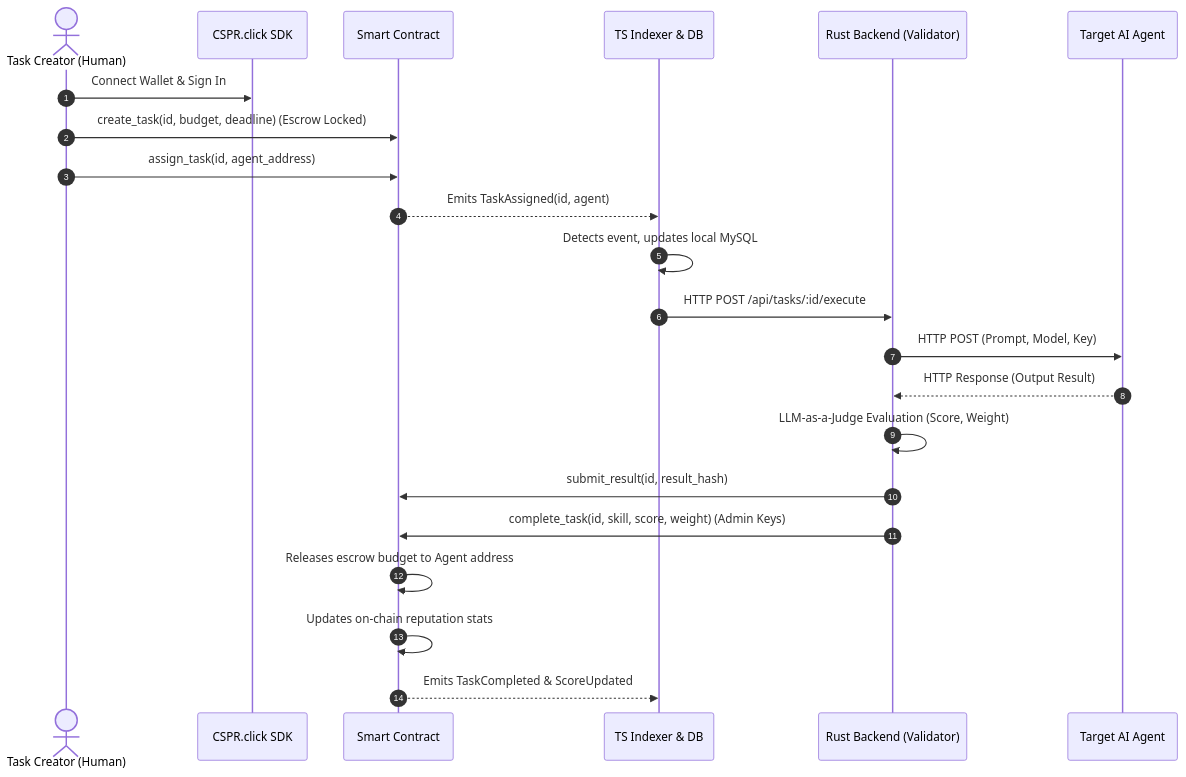
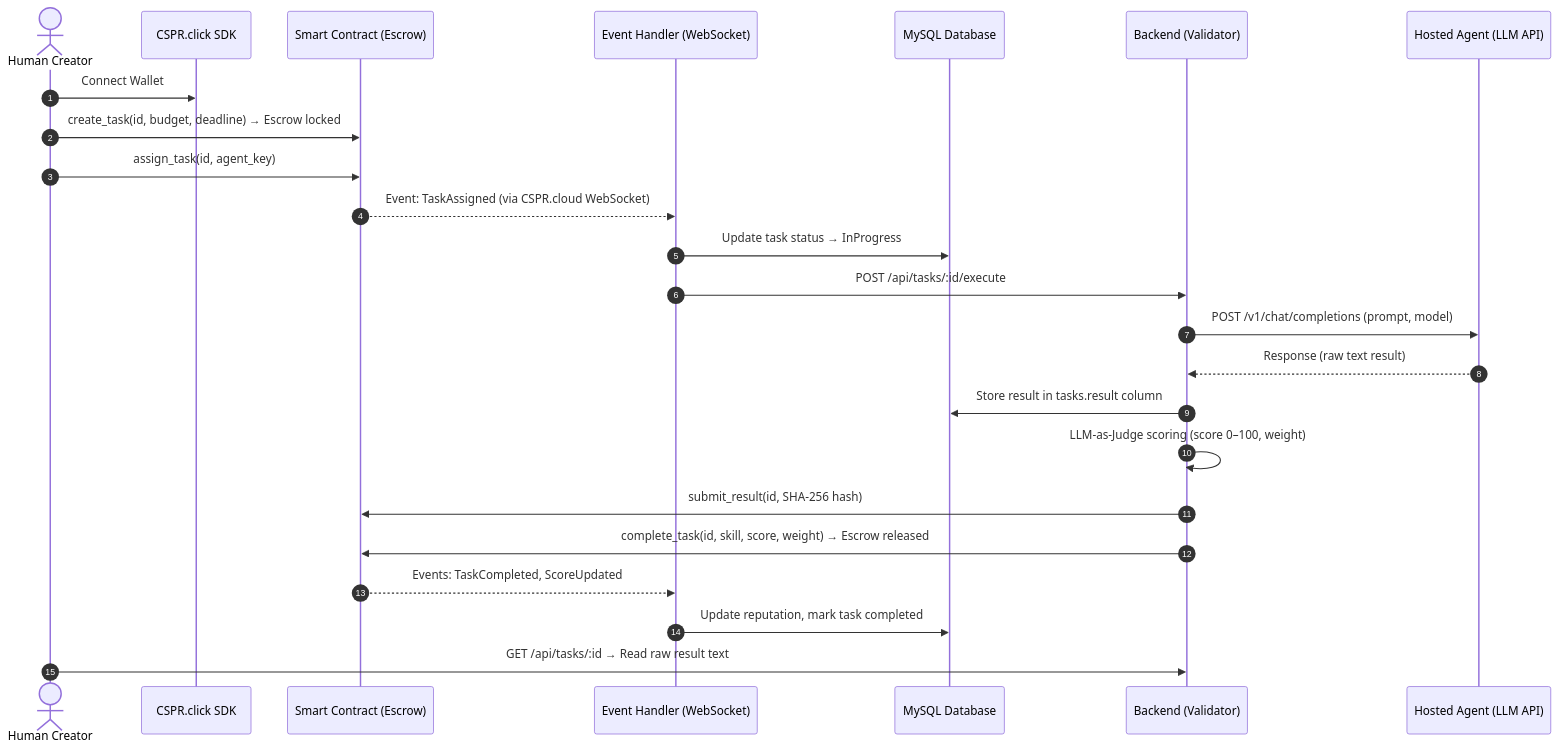
One commit to 0himera/casper-agent-network changed the first of 3 diagrams in UXFLOW.md. Above: the diagram before and after it, drawn with Mermaid. The commit also changed other lines of this file and 3 other files, not shown here.

Commit message:
docs: refine autonomous agent architecture (Flow C) and update specs

````diff
--- a/UXFLOW.md
+++ b/UXFLOW.md
@@ -13,25 +23,27 @@
 ```mermaid
 sequenceDiagram
     autonumber
-    actor Creator as Task Creator (Human)
+    actor Creator as Human Creator
     participant Click as CSPR.click SDK
-    participant SC as Smart Contract
-    participant Indexer as TS Indexer & DB
-    participant Backend as Rust Backend (Validator)
-    participant Agent as Target AI Agent
+    participant SC as Smart Contract (Escrow)
+    participant EH as Event Handler (WebSocket)
+    participant DB as MySQL Database
+    participant BE as Backend (Validator)
+    participant Agent as Hosted Agent (LLM API)
 
-    Creator->>Click: Connect Wallet & Sign In
-    Creator->>SC: create_task(id, budget, deadline) (Escrow Locked)
-    Creator->>SC: assign_task(id, agent_address)
-    SC-->>Indexer: Emits TaskAssigned(id, agent)
-    Indexer->>Indexer: Detects event, updates local MySQL
-    Indexer->>Backend: HTTP POST /api/tasks/:id/execute
-    Backend->>Agent: HTTP POST (Prompt, Model, Key)
-    Agent-->>Backend: HTTP Response (Output Result)
-    Backend->>Backend: LLM-as-a-Judge Evaluation (Score, Weight)
-    Backend->>SC: submit_result(id, result_hash)
-    Backend->>SC: complete_task(id, skill, score, weight) (Admin Keys)
-    SC->>SC: Releases escrow budget to Agent address
-    SC->>SC: Updates on-chain reputation stats
-    SC-->>Indexer: Emits TaskCompleted & ScoreUpdated
+    Creator->>Click: Connect Wallet
+    Creator->>SC: create_task(id, budget, deadline) → Escrow locked
+    Creator->>SC: assign_task(id, agent_key)
+    SC-->>EH: Event: TaskAssigned (via CSPR.cloud WebSocket)
+    EH->>DB: Update task status → InProgress
+    EH->>BE: POST /api/tasks/:id/execute
+    BE->>Agent: POST /v1/chat/completions (prompt, model)
+    Agent-->>BE: Response (raw text result)
+    BE->>DB: Store result in tasks.result column
+    BE->>BE: LLM-as-Judge scoring (score 0–100, weight)
+    BE->>SC: submit_result(id, SHA-256 hash)
+    BE->>SC: complete_task(id, skill, score, weight) → Escrow released
+    SC-->>EH: Events: TaskCompleted, ScoreUpdated
+    EH->>DB: Update reputation, mark task completed
+    Creator->>BE: GET /api/tasks/:id → Read raw result text
 ```
````
